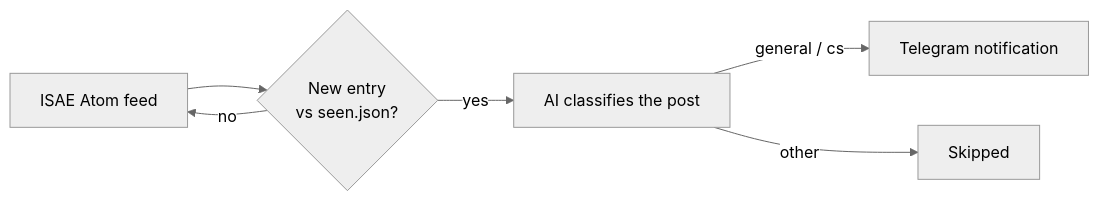
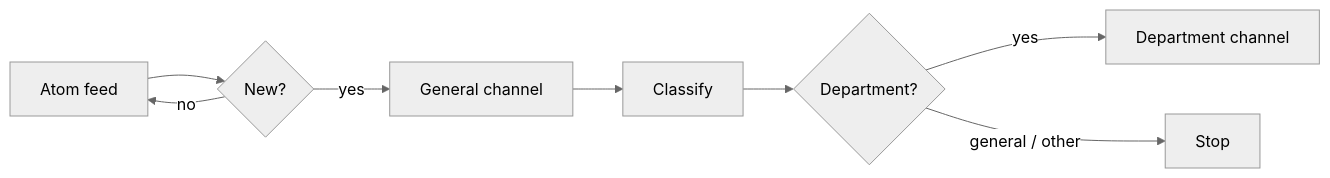
The diagram in README.md (E-Vex/monreqAI-CNAM-Liban), drawn with Mermaid (neutral theme) before and after one commit. The commit also changed other lines of this file and 27 other files, not shown here.

````diff
--- a/README.md
+++ b/README.md
@@ -28,8 +28,10 @@
 ```mermaid
 flowchart LR
-    A[ISAE Atom feed] --> B{New entry<br/>vs seen.json?}
+    A[Atom feed] --> B{New?}
     B -- no --> A
-    B -- yes --> C[AI classifies the post]
-    C -- general / cs --> D[Telegram notification]
-    C -- other --> E[Skipped]
+    B -- yes --> C[General channel]
+    C --> D[Classify]
+    D --> E{Department?}
+    E -- yes --> F[Department channel]
+    E -- general / other --> G[Stop]
 ```
````
